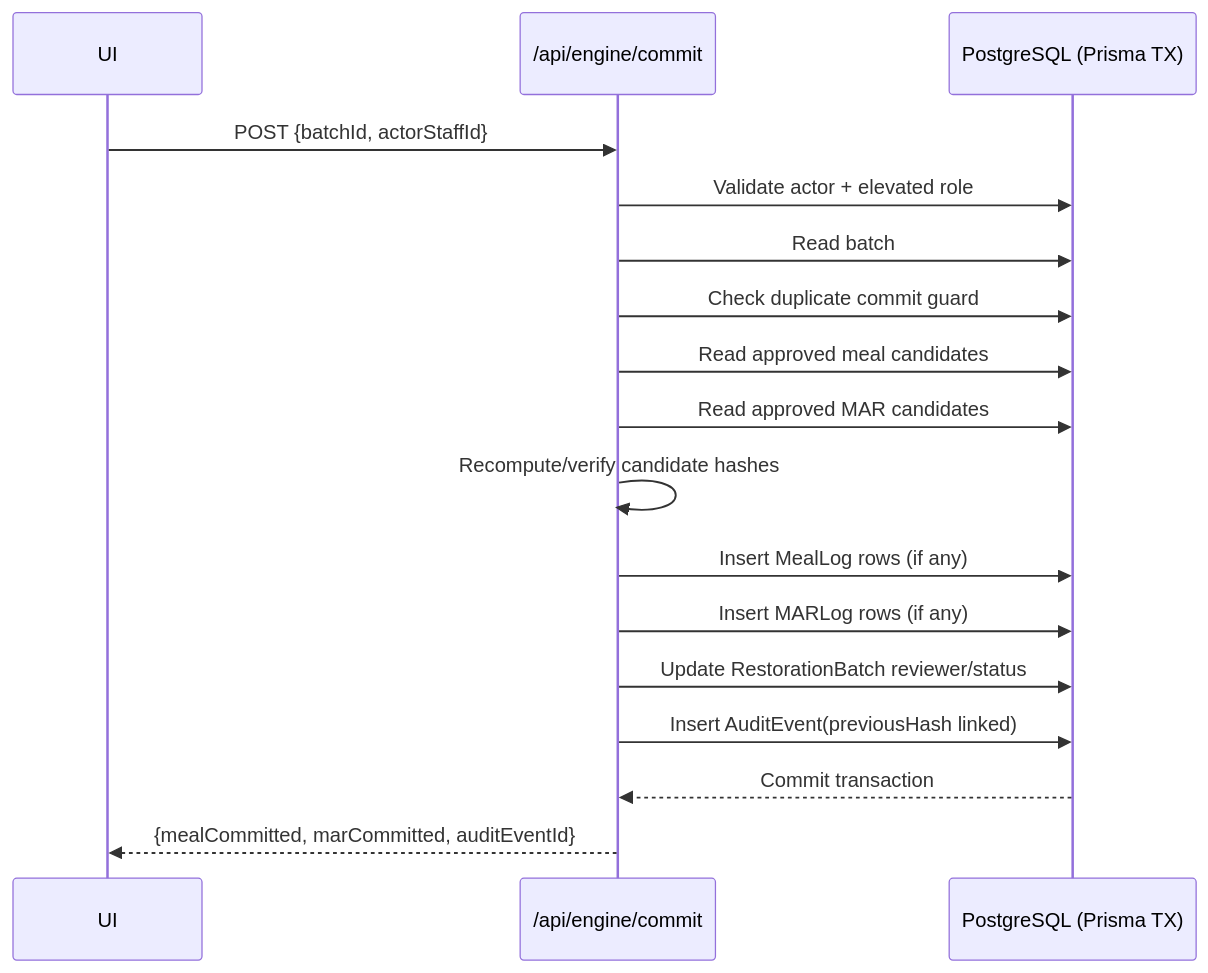
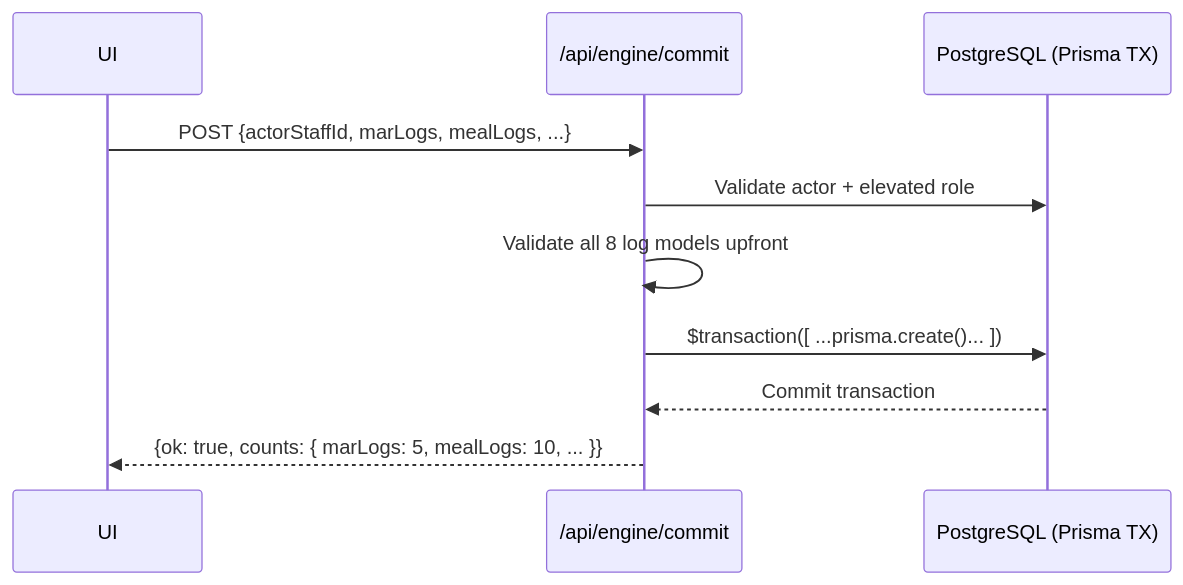
Before and after one commit to gUBII/chartgen: the second of 2 diagrams in src/docs/ARCHITECTURE_REFERENCE.md, drawn with Mermaid. The commit also changed other lines of this file and 24 other files, not shown here.

````diff
--- a/src/docs/ARCHITECTURE_REFERENCE.md
+++ b/src/docs/ARCHITECTURE_REFERENCE.md
@@ -125,20 +147,13 @@
 ```mermaid
 sequenceDiagram
     participant UI as UI
     participant API as /api/engine/commit
     participant DB as PostgreSQL (Prisma TX)
 
-    UI->>API: POST {batchId, actorStaffId}
+    UI->>API: POST {actorStaffId, marLogs, mealLogs, ...}
     API->>DB: Validate actor + elevated role
-    API->>DB: Read batch
-    API->>DB: Check duplicate commit guard
-    API->>DB: Read approved meal candidates
-    API->>DB: Read approved MAR candidates
-    API->>API: Recompute/verify candidate hashes
-    API->>DB: Insert MealLog rows (if any)
-    API->>DB: Insert MARLog rows (if any)
-    API->>DB: Update RestorationBatch reviewer/status
-    API->>DB: Insert AuditEvent(previousHash linked)
+    API->>API: Validate all 8 log models upfront
+    API->>DB: $transaction([ ...prisma.create()... ])
     DB-->>API: Commit transaction
-    API-->>UI: {mealCommitted, marCommitted, auditEventId}
+    API-->>UI: {ok: true, counts: { marLogs: 5, mealLogs: 10, ... }}
 ```
````
